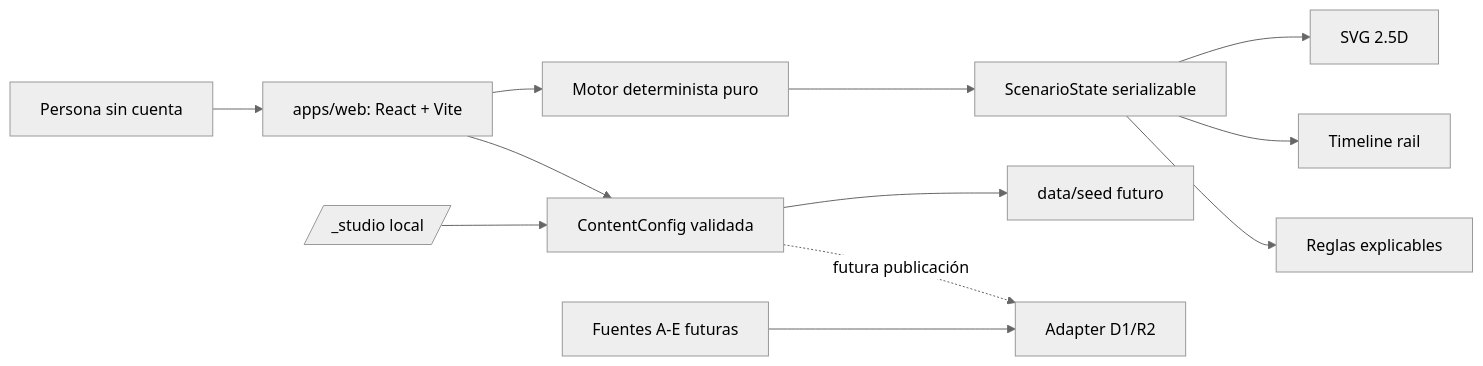
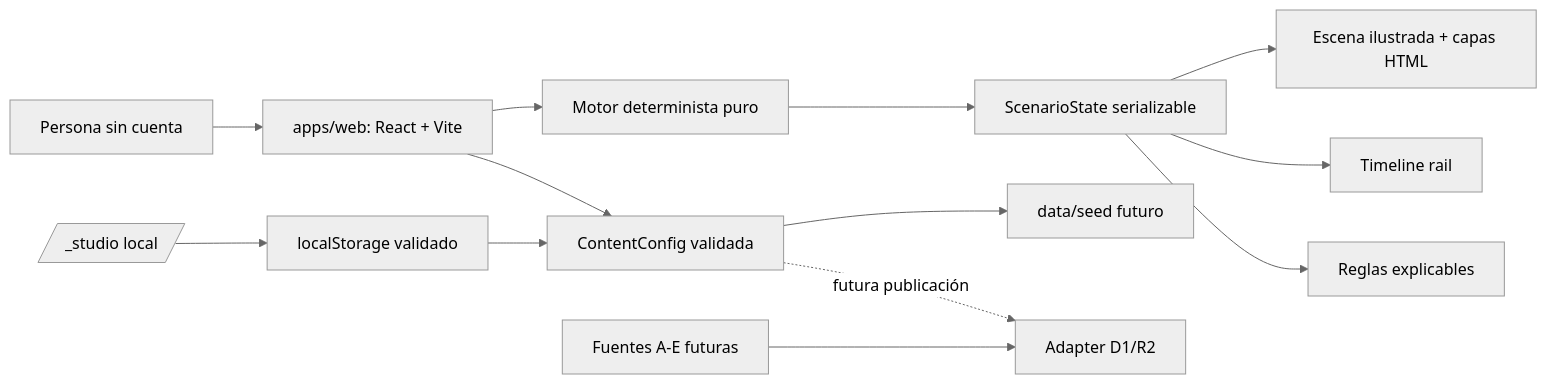
Before and after one commit to oprbguitar/simulacion: the diagram in docs/07-ARCHITECTURE.md, drawn with Mermaid (neutral theme). The commit also changed other lines of this file and 15 other files, not shown here.

````diff
--- a/docs/07-ARCHITECTURE.md
+++ b/docs/07-ARCHITECTURE.md
@@ -3,14 +3,15 @@
 ```mermaid
 flowchart LR
   User[Persona sin cuenta] --> Web[apps/web: React + Vite]
   Web --> Content[ContentConfig validada]
   Web --> Engine[Motor determinista puro]
   Engine --> State[ScenarioState serializable]
-  State --> Scene[SVG 2.5D]
+  State --> Scene[Escena ilustrada + capas HTML]
   State --> Timeline[Timeline rail]
   State --> Insights[Reglas explicables]
-  Studio[/_studio local/] --> Content
+  Studio[/_studio local/] --> Storage[localStorage validado]
+  Storage --> Content
   Content --> Seed[data/seed futuro]
   Content -. futura publicación .-> Adapter[Adapter D1/R2]
   Sources[Fuentes A-E futuras] --> Adapter
 ```
````
